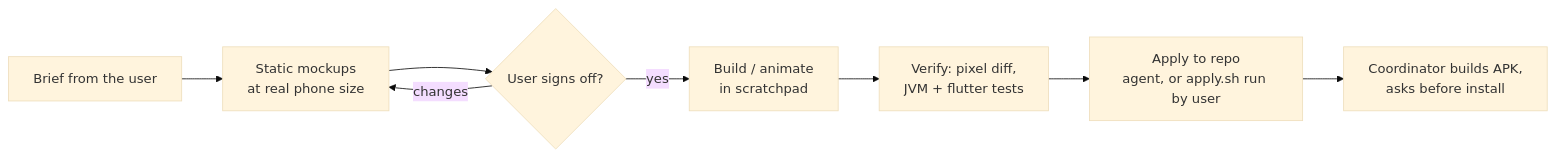
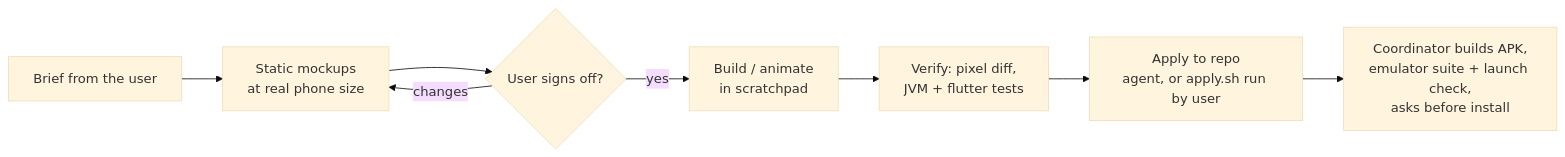
One commit to dxcently/Canti changed the diagram in wiki/design-process.md. Above: the diagram before and after it, drawn with Mermaid (base theme). The commit also changed other lines of this file and 11 other files, not shown here.

````diff
--- a/wiki/design-process.md
+++ b/wiki/design-process.md
@@ -9,10 +9,10 @@
 ```mermaid
 flowchart LR
   A[Brief from the user] --> B[Static mockups<br/>at real phone size]
   B --> C{User signs off?}
   C -- changes --> B
   C -- yes --> D[Build / animate<br/>in scratchpad]
   D --> E[Verify: pixel diff,<br/>JVM + flutter tests]
   E --> F[Apply to repo<br/>agent, or apply.sh run by user]
-  F --> G[Coordinator builds APK,<br/>asks before install]
+  F --> G[Coordinator builds APK,<br/>emulator suite + launch check,<br/>asks before install]
 ```
````
